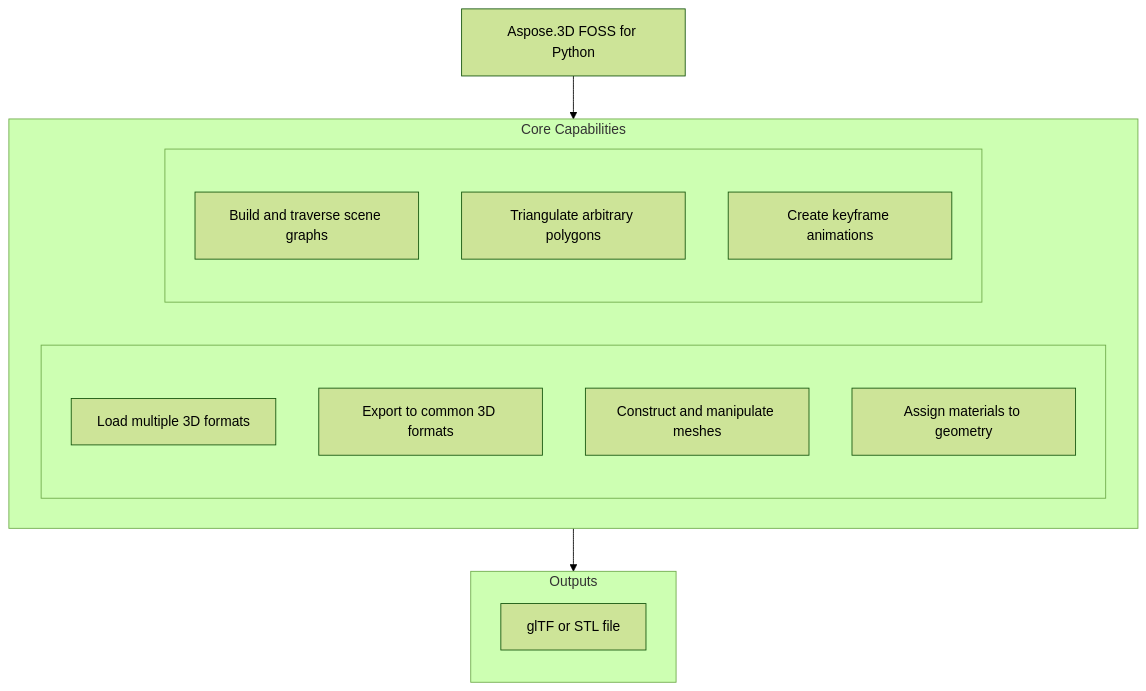
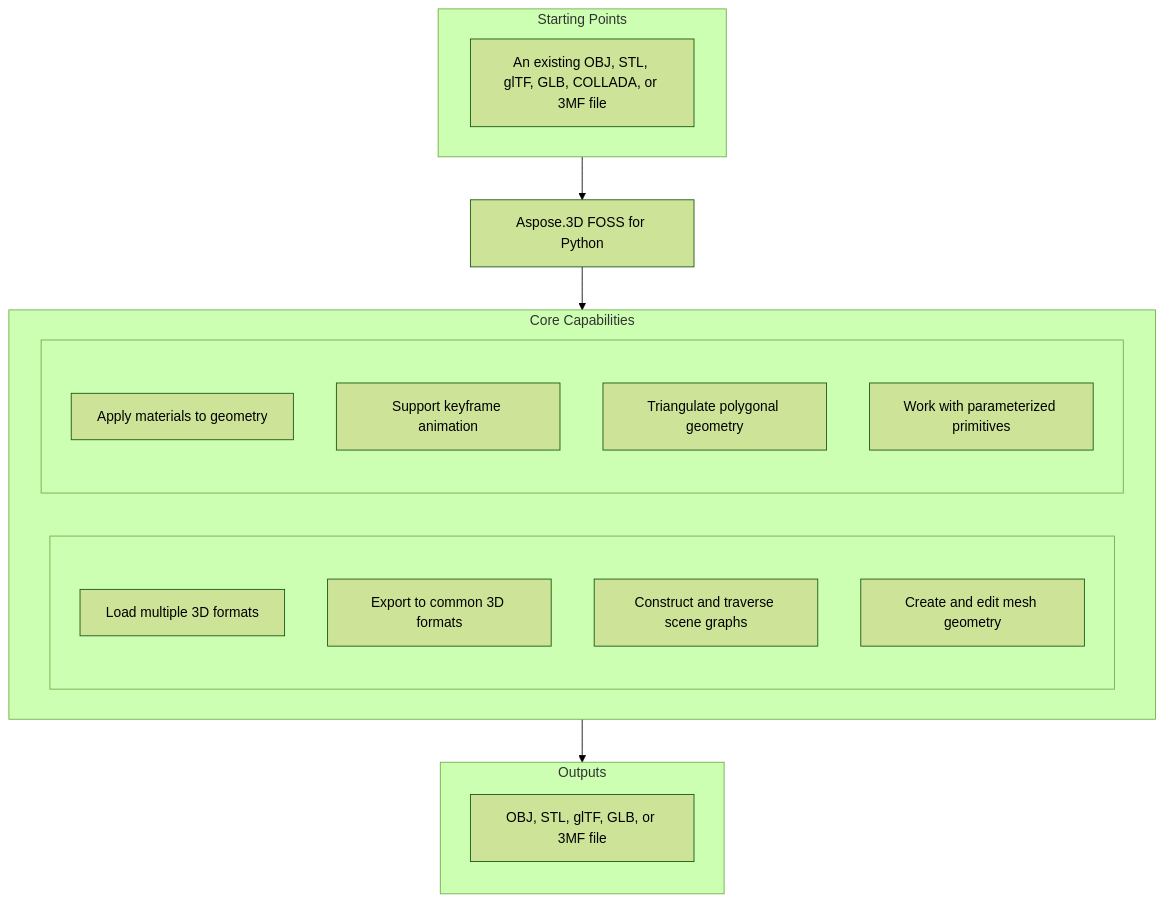
The diagram in candidates/aspose-3d-foss__Aspose.3D-FOSS-for-Python/65b1f577c0f16d0d9112bb6c1153d3024543ac02/README.md (babar-raza/repository-presenter), drawn with Mermaid (forest theme) before and after one commit. The commit also changed other lines of this file and 28 other files, not shown here.

````diff
--- a/candidates/aspose-3d-foss__Aspose.3D-FOSS-for-Python/65b1f577c0f16d0d9112bb6c1153d3024543ac02/README.md
+++ b/candidates/aspose-3d-foss__Aspose.3D-FOSS-for-Python/65b1f577c0f16d0d9112bb6c1153d3024543ac02/README.md
@@ -25,25 +25,30 @@
 ```mermaid
 flowchart TD
+  subgraph StartingPoints["Starting Points"]
+    direction LR
+    i1["An existing OBJ, STL, glTF, GLB, COLLADA, or 3MF file"]
+  end
   PRODUCT["Aspose.3D FOSS for Python"]
   subgraph Capabilities["Core Capabilities"]
     direction LR
     subgraph capl[" "]
       direction TB
       c1["Load multiple 3D formats"]
       c2["Export to common 3D formats"]
-      c3["Construct and manipulate meshes"]
-      c4["Assign materials to geometry"]
+      c3["Construct and traverse scene graphs"]
+      c4["Create and edit mesh geometry"]
     end
     subgraph capr[" "]
       direction TB
-      c5["Build and traverse scene graphs"]
-      c6["Triangulate arbitrary polygons"]
-      c7["Create keyframe animations"]
+      c5["Apply materials to geometry"]
+      c6["Support keyframe animation"]
+      c7["Triangulate polygonal geometry"]
+      c8["Work with parameterized primitives"]
     end
   end
   subgraph Outputs["Outputs"]
     direction TB
-    o1["glTF or STL file"]
+    o1["OBJ, STL, glTF, GLB, or 3MF file"]
   end
-  PRODUCT --> Capabilities --> Outputs
+  StartingPoints --> PRODUCT --> Capabilities --> Outputs
 ```
````
